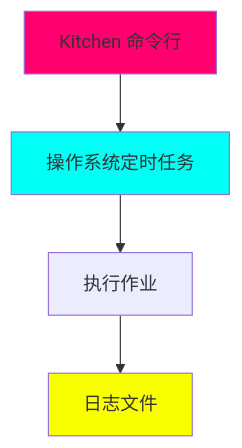
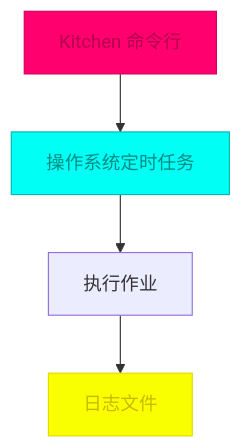
The diagram in _posts/2017-12-31-dataintegration.md (FreezeSoul/freezesoul.github.com), drawn with Mermaid before and after one commit. The commit also changed 9 other files, not shown here.

Commit message:
修正mermaid配色与要求

````diff
--- a/_posts/2017-12-31-dataintegration.md
+++ b/_posts/2017-12-31-dataintegration.md
@@ -76,10 +76,10 @@
 ```mermaid
 graph TD
     A[Kitchen 命令行] --> B[操作系统定时任务]
     B --> C[执行作业]
     C --> D[日志文件]
 
-    style A fill:#ff006e
-    style B fill:#00fff5
-    style D fill:#faff00
+    style A fill:#ff006e,stroke:#d6005c,color:#b3004e
+    style B fill:#00fff5,stroke:#00b8b0,color:#008b82
+    style D fill:#faff00,stroke:#e6d900,color:#c9b800
 ```
````
